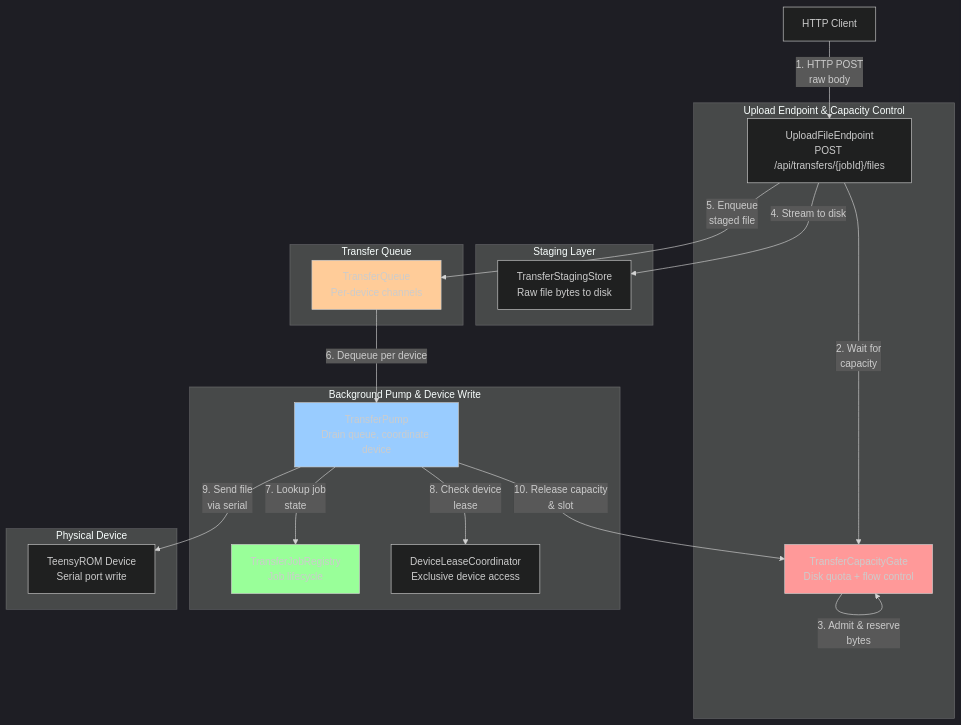
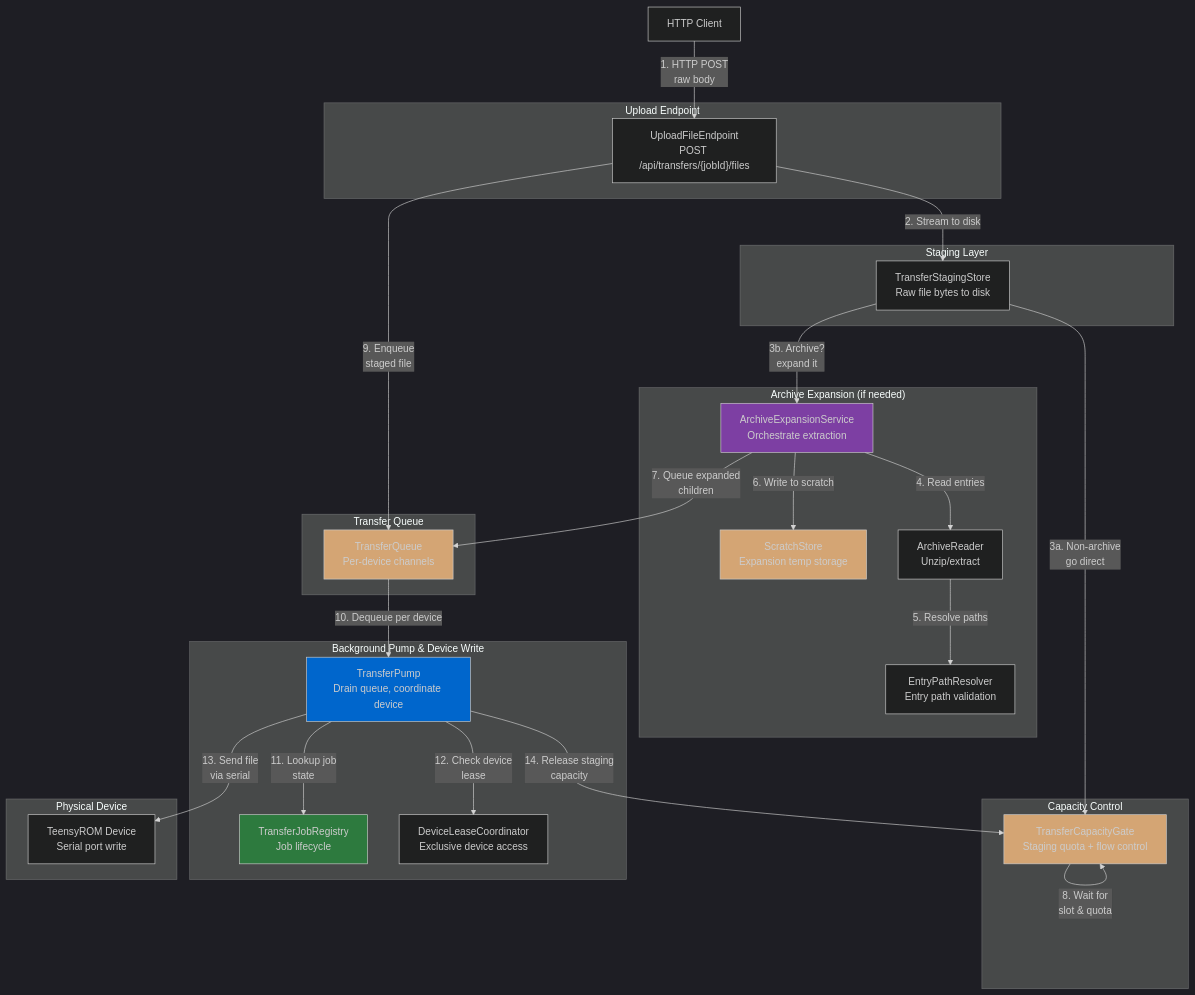
The first of 2 diagrams in src/.claude/skills/backend-architecture/references/FILE_TRANSFER.md (MetalHexx/TeensyROM-Web), drawn with Mermaid before and after one commit. The commit also changed other lines of this file and 1 other file, not shown here.

Commit message:
Document archive expansion as core architecture component
Rewrite FILE_TRANSFER.md to present expansion stage and scratch store as integral parts of the system design, not afterthoughts. Redraw Mermaid diagram with expansion flow, explain scratch store's separate quota model (refuses rather than waits to prevent deadlock), add expansion fields to snapshot structure, document scratch-related configuration, and list expansion service components in Where Things Live. Update SKILL.md description to include archive expansion keywords for discoverability.

````diff
--- a/src/.claude/skills/backend-architecture/references/FILE_TRANSFER.md
+++ b/src/.claude/skills/backend-architecture/references/FILE_TRANSFER.md
@@ -13,44 +15,61 @@
 ```mermaid
 %%{init: {'theme': 'dark', 'primaryColor': '#5a2c6b', 'primaryBorderColor': '#7d3fa3', 'primaryTextColor': '#fff', 'secondaryColor': '#0066cc', 'secondaryBorderColor': '#0052a3', 'tertiaryColor': '#2d7a3e', 'tertiaryBorderColor': '#1f5a2e', 'lineColor': '#b3b3b3', 'tertiaryTextColor': '#fff'}}%%
 graph TB
     Client["HTTP Client"]
     
-    subgraph Upload["Upload Endpoint & Capacity Control"]
+    subgraph Upload["Upload Endpoint"]
         UPLOAD["UploadFileEndpoint<br/>POST /api/transfers/{jobId}/files"]
-        GATE["TransferCapacityGate<br/>Disk quota + flow control"]
     end
     
     subgraph Staging["Staging Layer"]
         STORE["TransferStagingStore<br/>Raw file bytes to disk"]
+    end
+    
+    subgraph Expansion["Archive Expansion (if needed)"]
+        SCRATCH["ScratchStore<br/>Expansion temp storage"]
+        READER["ArchiveReader<br/>Unzip/extract"]
+        RESOLVER["EntryPathResolver<br/>Entry path validation"]
+        EXPANDER["ArchiveExpansionService<br/>Orchestrate extraction"]
+    end
+    
+    subgraph Capacity["Capacity Control"]
+        GATE["TransferCapacityGate<br/>Staging quota + flow control"]
     end
     
     subgraph Queue["Transfer Queue"]
         TQ["TransferQueue<br/>Per-device channels"]
     end
     
     subgraph Pump["Background Pump & Device Write"]
         PUMP["TransferPump<br/>Drain queue, coordinate device"]
         REGISTRY["TransferJobRegistry<br/>Job lifecycle"]
         LEASE["DeviceLeaseCoordinator<br/>Exclusive device access"]
     end
     
     subgraph Device["Physical Device"]
         SERIAL["TeensyROM Device<br/>Serial port write"]
     end
     
     Client -->|"1. HTTP POST<br/>raw body"| UPLOAD
-    UPLOAD -->|"2. Wait for<br/>capacity"| GATE
-    GATE -->|"3. Admit & reserve<br/>bytes"| GATE
-    UPLOAD -->|"4. Stream to disk"| STORE
-    UPLOAD -->|"5. Enqueue<br/>staged file"| TQ
-    TQ -->|"6. Dequeue per device"| PUMP
-    PUMP -->|"7. Lookup job<br/>state"| REGISTRY
-    PUMP -->|"8. Check device<br/>lease"| LEASE
-    PUMP -->|"9. Send file<br/>via serial"| SERIAL
-    PUMP -->|"10. Release capacity<br/>& slot"| GATE
+    UPLOAD -->|"2. Stream to disk"| STORE
+    STORE -->|"3a. Non-archive<br/>go direct"| GATE
+    STORE -->|"3b. Archive?<br/>expand it"| EXPANDER
+    EXPANDER -->|"4. Read entries"| READER
+    READER -->|"5. Resolve paths"| RESOLVER
+    EXPANDER -->|"6. Write to scratch"| SCRATCH
+    EXPANDER -->|"7. Queue expanded<br/>children"| TQ
+    GATE -->|"8. Wait for<br/>slot & quota"| GATE
+    UPLOAD -->|"9. Enqueue<br/>staged file"| TQ
+    TQ -->|"10. Dequeue per device"| PUMP
+    PUMP -->|"11. Lookup job<br/>state"| REGISTRY
+    PUMP -->|"12. Check device<br/>lease"| LEASE
+    PUMP -->|"13. Send file<br/>via serial"| SERIAL
+    PUMP -->|"14. Release staging<br/>capacity"| GATE
     
-    style GATE fill:#ff9999
-    style PUMP fill:#99ccff
-    style REGISTRY fill:#99ff99
-    style TQ fill:#ffcc99
+    style GATE fill:#d4a574
+    style PUMP fill:#0066cc
+    style REGISTRY fill:#2d7a3e
+    style TQ fill:#d4a574
+    style SCRATCH fill:#d4a574
+    style EXPANDER fill:#7d3fa3
 ```
````
